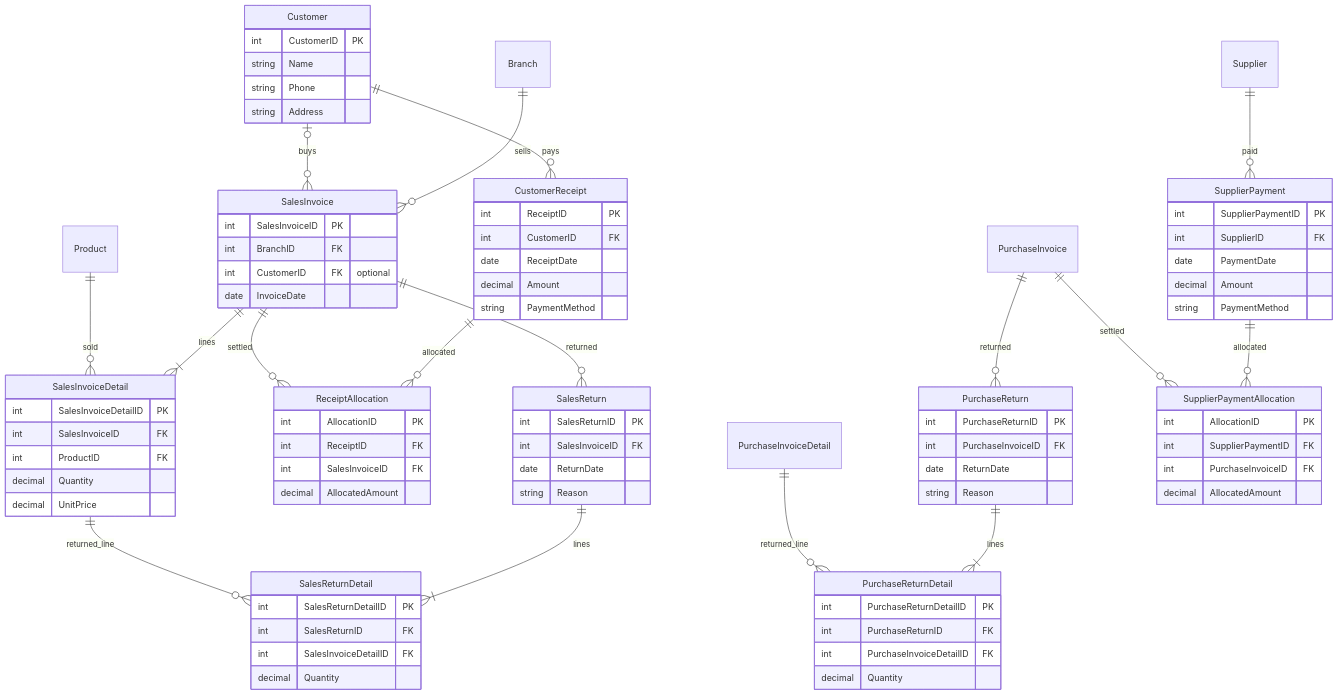
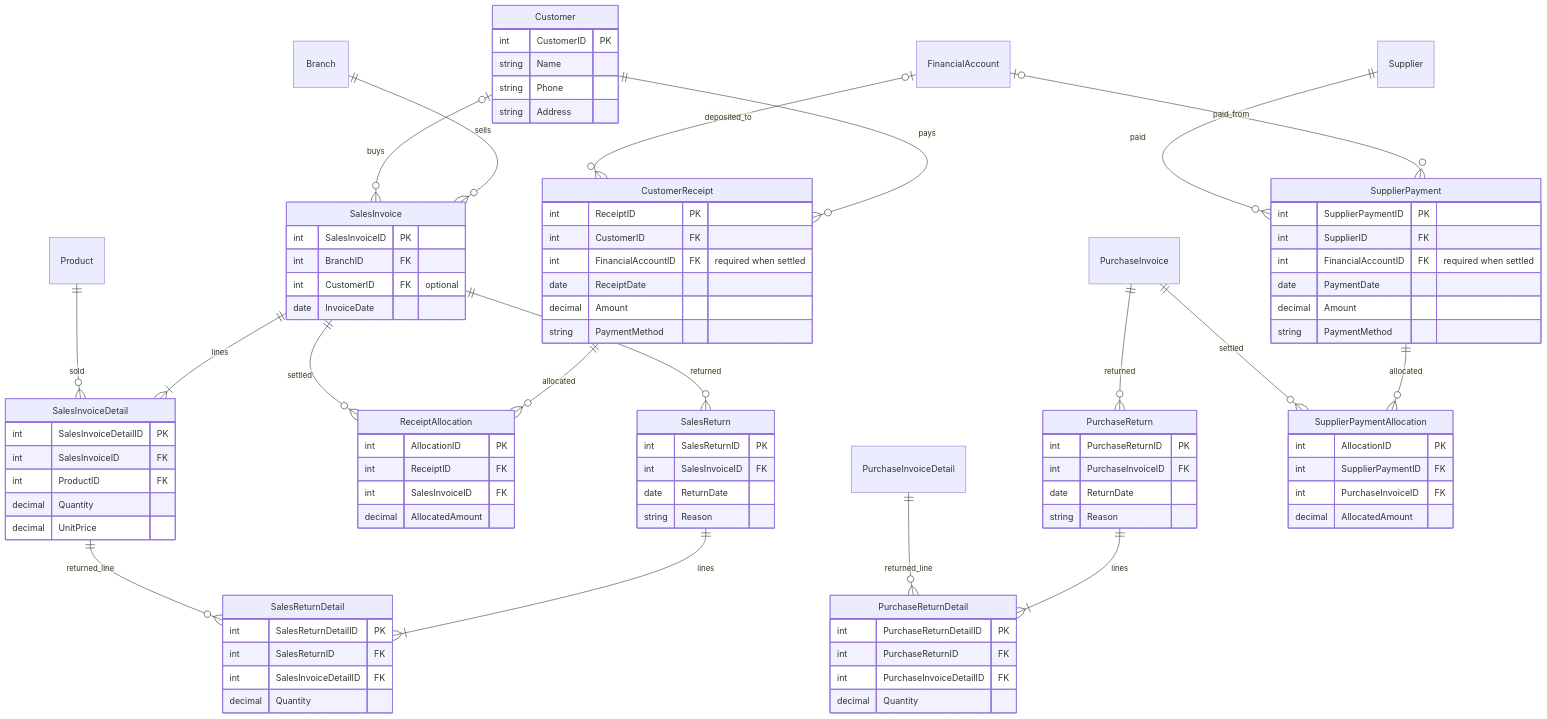
The diagram in diagrams/04-sales-returns-payments.md (lsrwrbdllh-dot/abud.sQllite), drawn with Mermaid before and after one commit. The commit also changed other lines of this file, not shown here.

Commit message:
Refine ERD relationships and integrity guidance: diagrams/04-sales-returns-payments.md

```diff
--- a/diagrams/04-sales-returns-payments.md
+++ b/diagrams/04-sales-returns-payments.md
@@ -7,6 +7,8 @@
 SalesInvoice ||--|{ SalesInvoiceDetail : lines
 Product ||--o{ SalesInvoiceDetail : sold
 Customer ||--o{ CustomerReceipt : pays
+FinancialAccount o|--o{ CustomerReceipt : deposited_to
+FinancialAccount o|--o{ SupplierPayment : paid_from
 CustomerReceipt ||--o{ ReceiptAllocation : allocated
 SalesInvoice ||--o{ ReceiptAllocation : settled
 SalesInvoice ||--o{ SalesReturn : returned
@@ -40,6 +42,7 @@
 CustomerReceipt {
  int ReceiptID PK
  int CustomerID FK
+ int FinancialAccountID FK "required when settled"
  date ReceiptDate
  decimal Amount
  string PaymentMethod
@@ -77,6 +80,7 @@
 SupplierPayment {
  int SupplierPaymentID PK
  int SupplierID FK
+ int FinancialAccountID FK "required when settled"
  date PaymentDate
  decimal Amount
  string PaymentMethod
```
